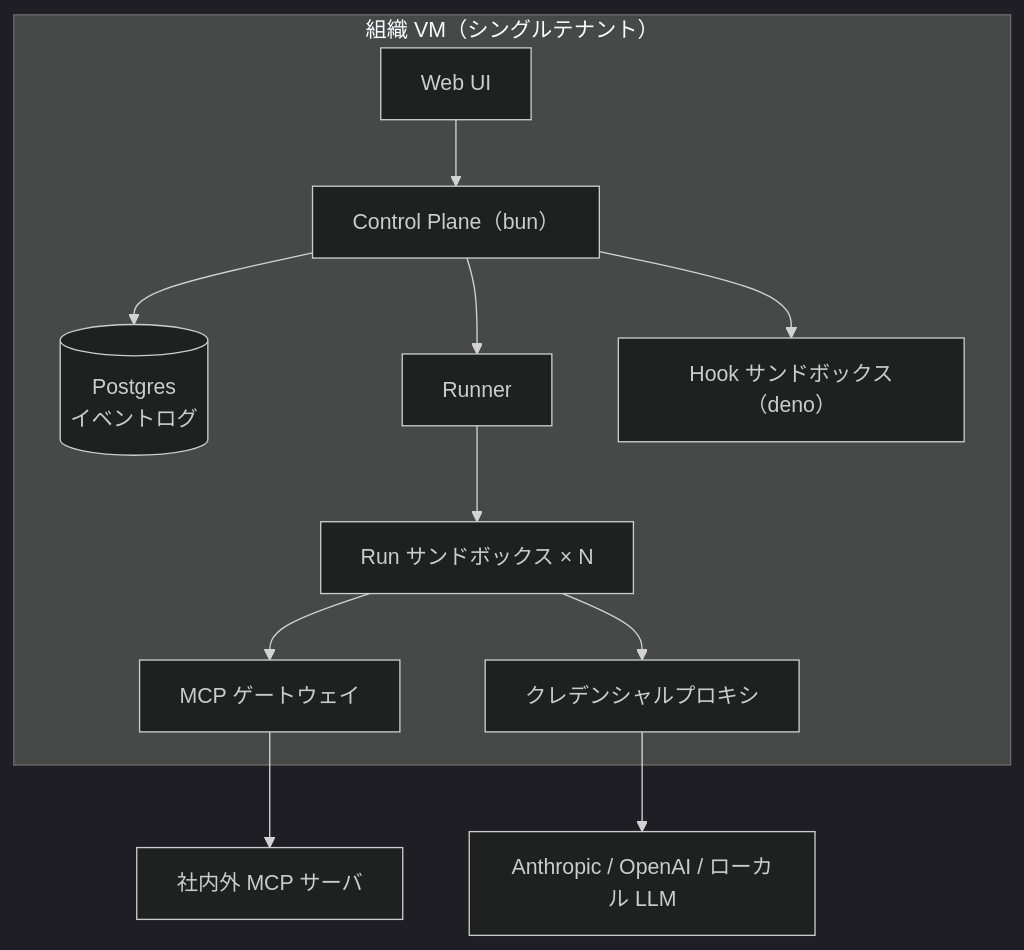
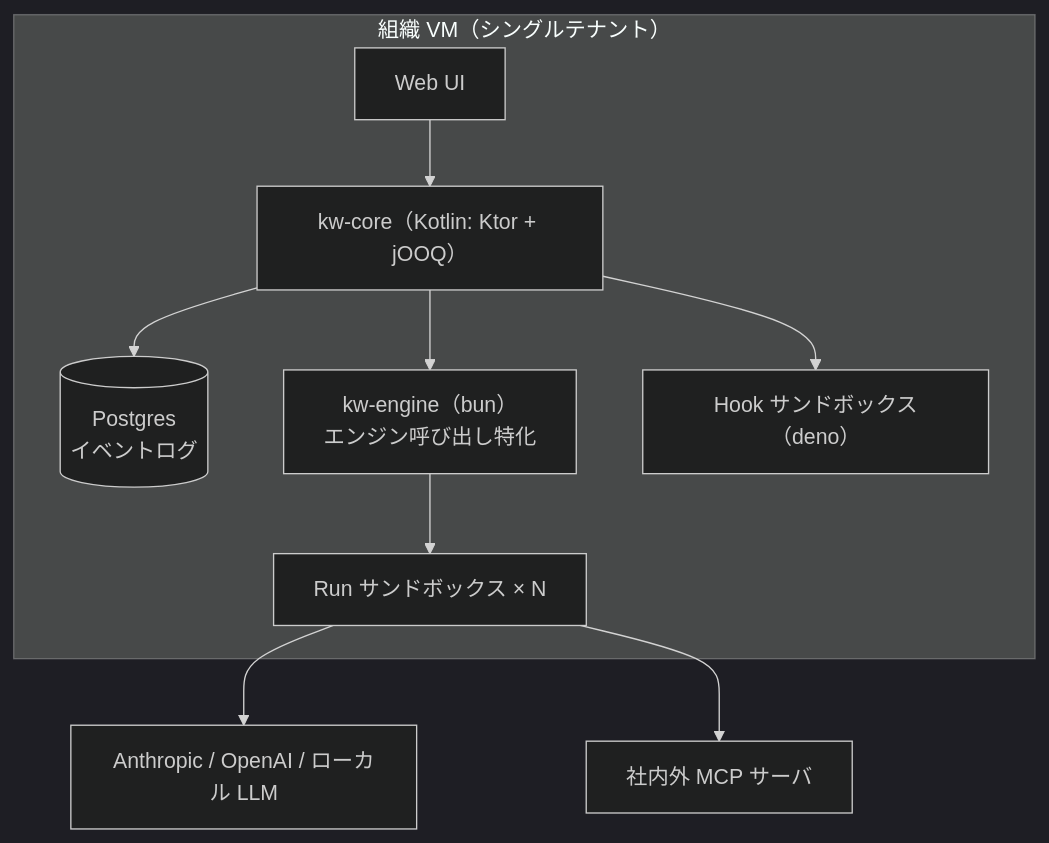
The diagram in docs/runtime/architecture.md (326-T/kanban-workspace), drawn with Mermaid (dark theme) before and after one commit. The commit also changed other lines of this file and 2 other files, not shown here.

````diff
--- a/docs/runtime/architecture.md
+++ b/docs/runtime/architecture.md
@@ -13,14 +13,12 @@
 ```mermaid
 graph TB
     subgraph vm[組織 VM（シングルテナント）]
-        ui[Web UI] --> cp[Control Plane（bun）]
-        cp --> db[(Postgres<br/>イベントログ)]
-        cp --> runner[Runner]
-        runner --> c1[Run サンドボックス × N]
-        c1 --> gw[MCP ゲートウェイ]
-        c1 --> kp[クレデンシャルプロキシ]
-        cp --> hooks[Hook サンドボックス（deno）]
+        ui[Web UI] --> core[kw-core（Kotlin: Ktor + jOOQ）]
+        core --> db[(Postgres<br/>イベントログ)]
+        core --> engine[kw-engine（bun）<br/>エンジン呼び出し特化]
+        engine --> c1[Run サンドボックス × N]
+        core --> hooks[Hook サンドボックス（deno）]
     end
-    kp --> llm[Anthropic / OpenAI / ローカル LLM]
-    gw --> mcp[社内外 MCP サーバ]
+    c1 --> llm[Anthropic / OpenAI / ローカル LLM]
+    c1 --> mcp[社内外 MCP サーバ]
 ```
````
